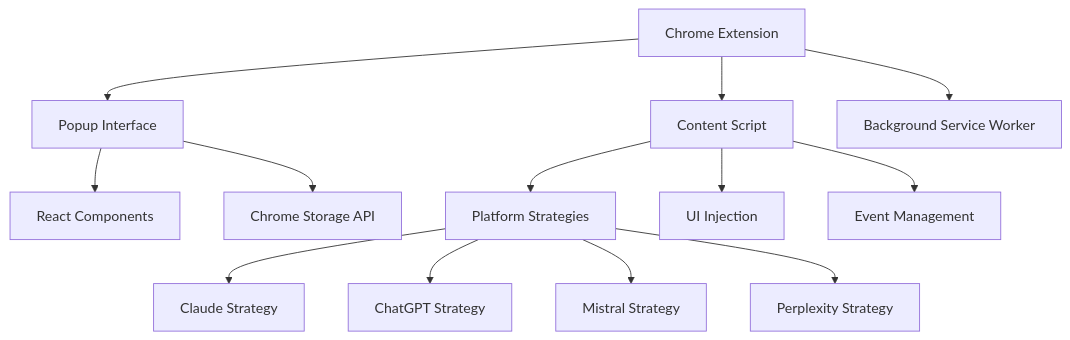
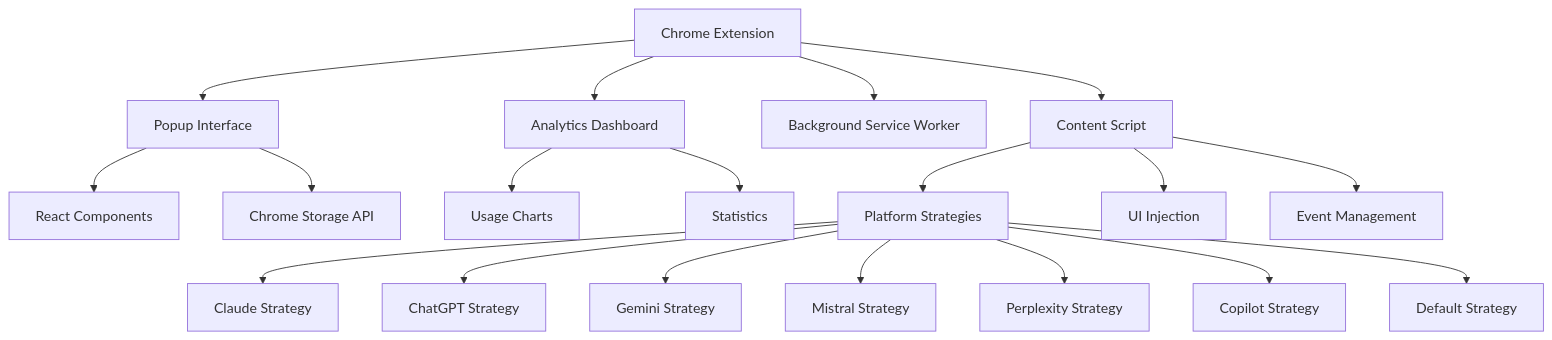
One commit to spartDev/My-Prompt-Manager changed the diagram in README.md. Above: the diagram before and after it, drawn with Mermaid. The commit also changed other lines of this file, not shown here.

````diff
--- a/README.md
+++ b/README.md
@@ -126,18 +141,25 @@
 ```mermaid
 graph TD
     A[Chrome Extension] --> B[Popup Interface]
     A --> C[Content Script]
     A --> D[Background Service Worker]
-    
-    B --> E[React Components]
-    B --> F[Chrome Storage API]
-    
-    C --> G[Platform Strategies]
-    C --> H[UI Injection]
-    C --> I[Event Management]
-    
-    G --> J[Claude Strategy]
-    G --> K[ChatGPT Strategy]
-    G --> L[Mistral Strategy]
-    G --> M[Perplexity Strategy]
+    A --> E[Analytics Dashboard]
+
+    B --> F[React Components]
+    B --> G[Chrome Storage API]
+
+    E --> H[Usage Charts]
+    E --> I[Statistics]
+
+    C --> J[Platform Strategies]
+    C --> K[UI Injection]
+    C --> L[Event Management]
+
+    J --> M[Claude Strategy]
+    J --> N[ChatGPT Strategy]
+    J --> O[Gemini Strategy]
+    J --> P[Mistral Strategy]
+    J --> Q[Perplexity Strategy]
+    J --> R[Copilot Strategy]
+    J --> S[Default Strategy]
 ```
````
